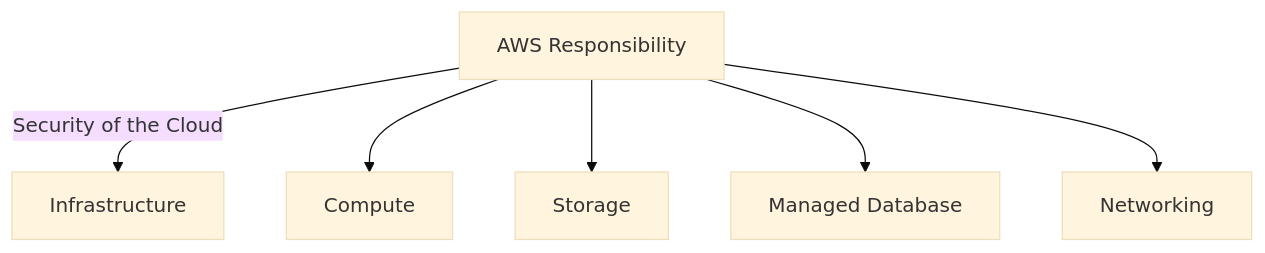
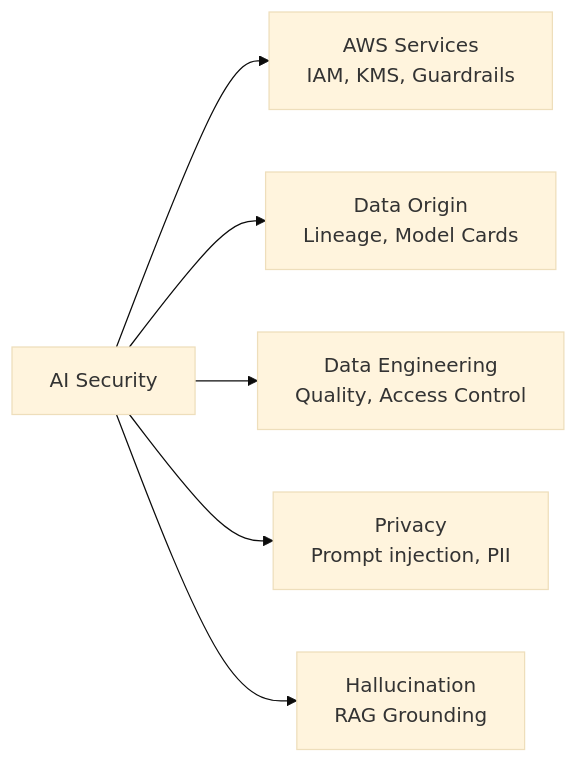
Before and after one commit to CloudCityPress/aws-aif-c01: the first of 5 diagrams in english/50_10_Methods_to_secure_AI_systems.md, drawn with Mermaid (base theme). The commit also changed other lines of this file and 76 other files, not shown here.

````diff
--- a/english/50_10_Methods_to_secure_AI_systems.md
+++ b/english/50_10_Methods_to_secure_AI_systems.md
@@ -56,8 +7,8 @@
 ```mermaid
-flowchart TD
-    A[AWS Responsibility] -->|Security of the Cloud| B[Infrastructure]
-    A --> C[Compute]
-    A --> D[Storage]
-    A --> E[Managed Database]
-    A --> F[Networking]
+flowchart LR
+    A[AI Security] --> B[AWS Services<br>IAM, KMS, Guardrails]
+    A --> C[Data Origin<br>Lineage, Model Cards]
+    A --> D[Data Engineering<br>Quality, Access Control]
+    A --> E[Privacy<br>Prompt injection, PII]
+    A --> F[Hallucination<br>RAG Grounding]
 ```
````
